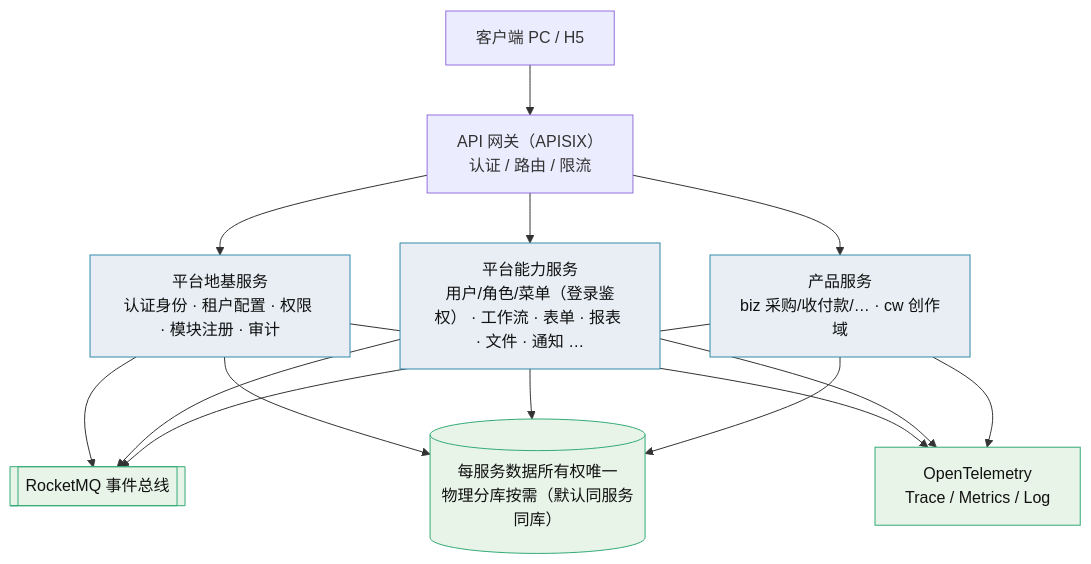
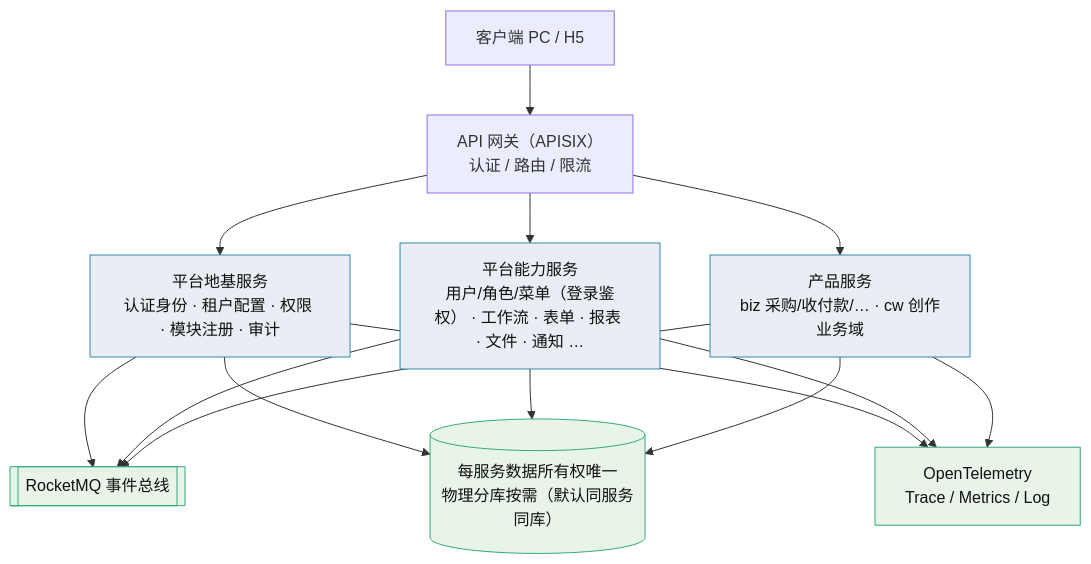
Before and after one commit to minjian123/basic-management-system: the diagram in bms文档/规划/微服务演进规划.md, drawn with Mermaid. The commit also changed other lines of this file and 43 other files, not shown here.

````diff
--- a/bms文档/规划/微服务演进规划.md
+++ b/bms文档/规划/微服务演进规划.md
@@ -57,14 +57,14 @@
 ```mermaid
 flowchart TB
     C[客户端 PC / H5] --> GW["API 网关（APISIX）<br/>认证 / 路由 / 限流"]
     GW --> G["平台地基服务<br/>认证身份 · 租户配置 · 权限 · 模块注册 · 审计"]
     GW --> B["平台能力服务<br/>用户/角色/菜单（登录鉴权） · 工作流 · 表单 · 报表 · 文件 · 通知 …"]
-    GW --> P["产品服务<br/>biz 采购/收付款/… · cw 创作域"]
+    GW --> P["产品服务<br/>biz 采购/收付款/… · cw 创作业务域"]
     G & B & P --> MQ[["RocketMQ 事件总线"]]
     G & B & P --> DB[("每服务数据所有权唯一<br/>物理分库按需（默认同服务同库）")]
     G & B & P --> OBS["OpenTelemetry<br/>Trace / Metrics / Log"]
     classDef svc fill:#e8eef4,stroke:#38a,color:#111
     classDef ext fill:#e8f4e8,stroke:#3a7,color:#111
     class G,B,P svc
     class MQ,DB,OBS ext
 ```
````
